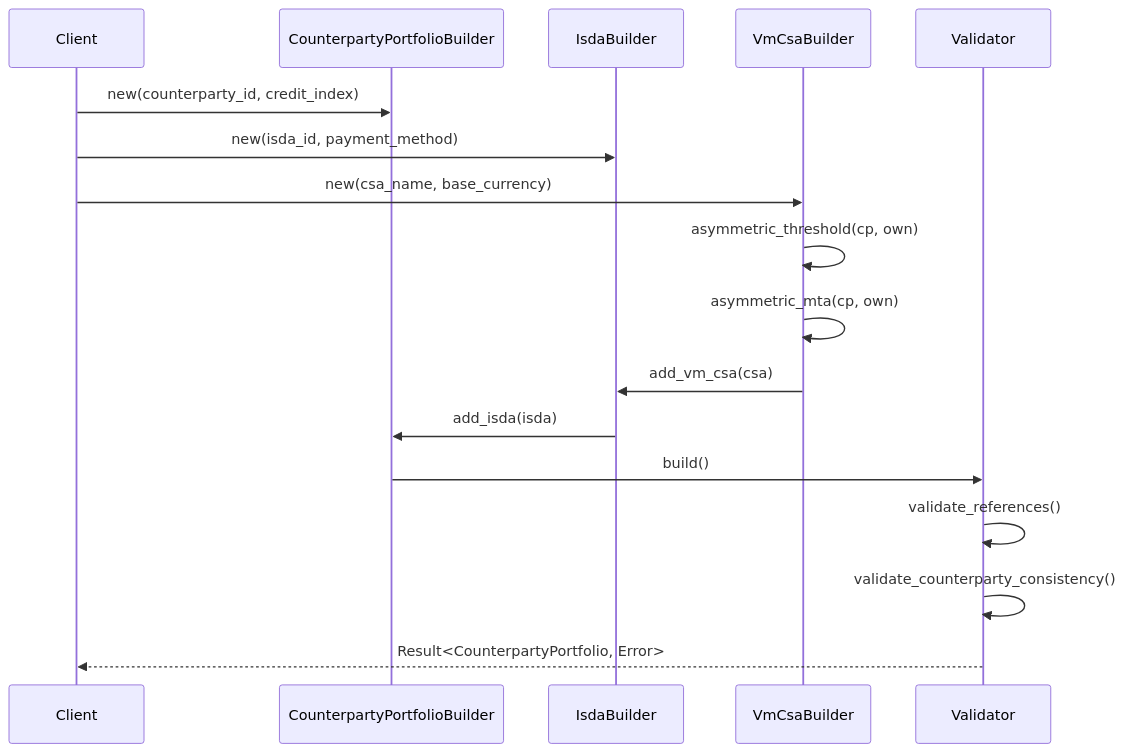
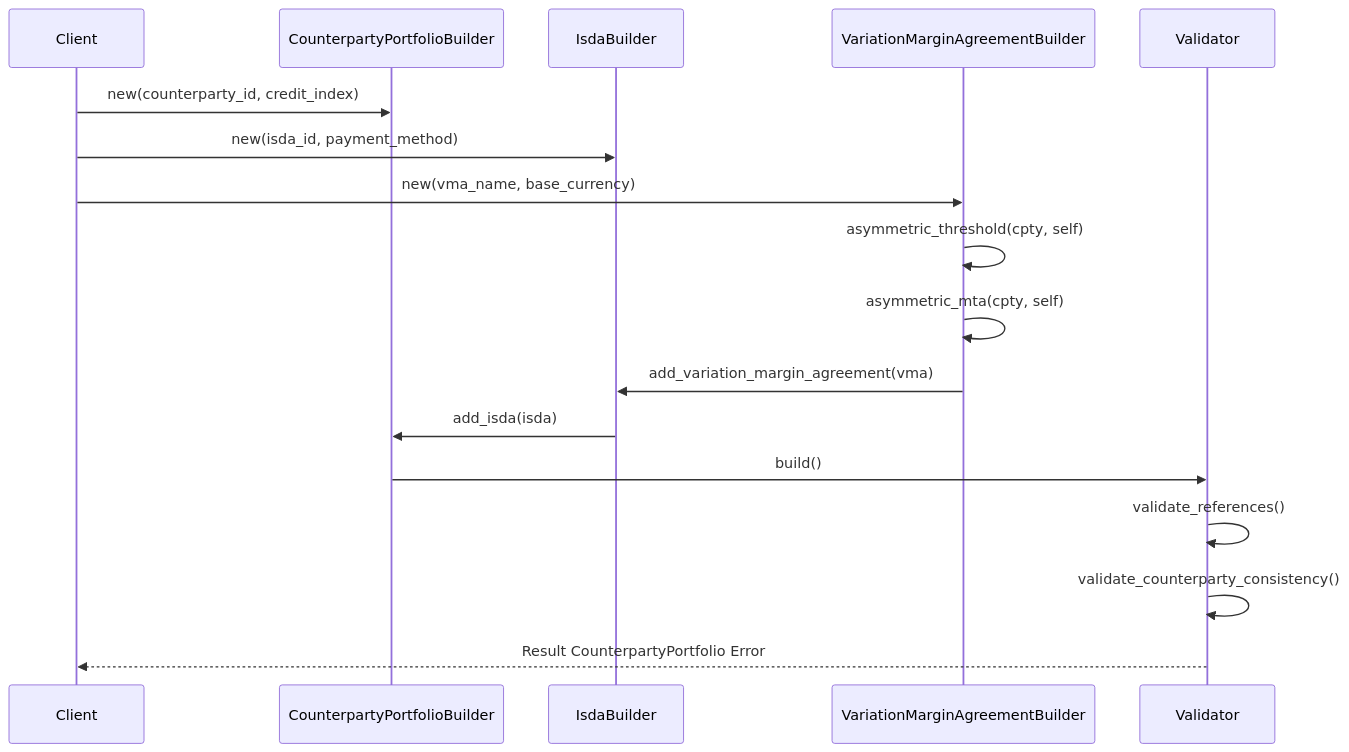
One commit to neutryx-lab/neutryx-rust changed the second of 4 diagrams in .kiro/specs/portfolio-book-model/design.md. Above: the diagram before and after it, drawn with Mermaid. The commit also changed other lines of this file and 10 other files, not shown here.

````diff
--- a/.kiro/specs/portfolio-book-model/design.md
+++ b/.kiro/specs/portfolio-book-model/design.md
@@ -95,20 +95,20 @@
 ```mermaid
 sequenceDiagram
     participant Client
     participant CPBuilder as CounterpartyPortfolioBuilder
     participant IsdaBuilder as IsdaBuilder
-    participant CsaBuilder as VmCsaBuilder
+    participant VmaBuilder as VariationMarginAgreementBuilder
     participant Validator
 
     Client->>CPBuilder: new(counterparty_id, credit_index)
     Client->>IsdaBuilder: new(isda_id, payment_method)
-    Client->>CsaBuilder: new(csa_name, base_currency)
-    CsaBuilder->>CsaBuilder: asymmetric_threshold(cp, own)
-    CsaBuilder->>CsaBuilder: asymmetric_mta(cp, own)
-    CsaBuilder->>IsdaBuilder: add_vm_csa(csa)
+    Client->>VmaBuilder: new(vma_name, base_currency)
+    VmaBuilder->>VmaBuilder: asymmetric_threshold(cpty, self)
+    VmaBuilder->>VmaBuilder: asymmetric_mta(cpty, self)
+    VmaBuilder->>IsdaBuilder: add_variation_margin_agreement(vma)
     IsdaBuilder->>CPBuilder: add_isda(isda)
     CPBuilder->>Validator: build()
     Validator->>Validator: validate_references()
     Validator->>Validator: validate_counterparty_consistency()
-    Validator-->>Client: Result<CounterpartyPortfolio, Error>
+    Validator-->>Client: Result CounterpartyPortfolio Error
 ```
````
